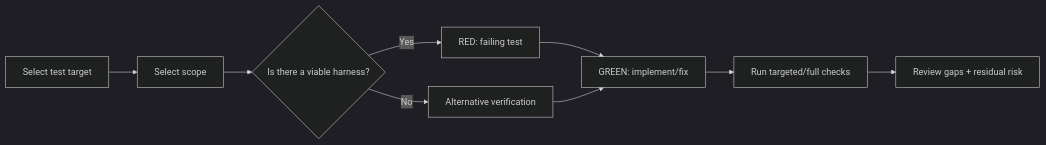
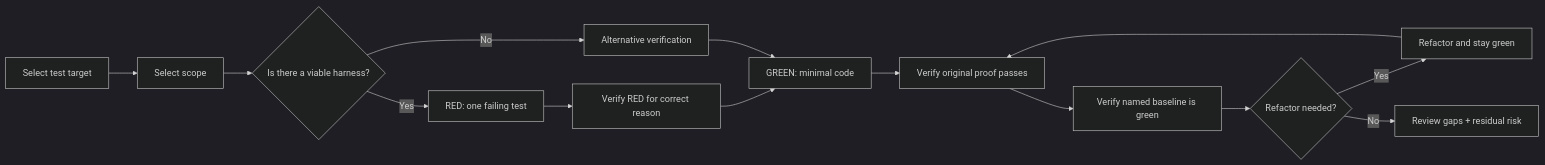
The diagram in packages/forge-core/workflows/execution/test.md (nguyenphat57/forge), drawn with Mermaid (dark theme) before and after one commit. The commit also changed other lines of this file and 29 other files, not shown here.

````diff
--- a/packages/forge-core/workflows/execution/test.md
+++ b/packages/forge-core/workflows/execution/test.md
@@ -37,11 +39,16 @@
 ```mermaid
 flowchart LR
     A[Select test target] --> B[Select scope]
     B --> C{Is there a viable harness?}
-    C -->|Yes| D[RED: failing test]
-    C -->|No| E[Alternative verification]
-    D --> F[GREEN: implement/fix]
-    E --> F
-    F --> G[Run targeted/full checks]
-    G --> H[Review gaps + residual risk]
+    C -->|Yes| D[RED: one failing test]
+    D --> E[Verify RED for correct reason]
+    C -->|No| F[Alternative verification]
+    E --> G[GREEN: minimal code]
+    F --> G
+    G --> H[Verify original proof passes]
+    H --> I[Verify named baseline is green]
+    I --> J{Refactor needed?}
+    J -->|Yes| K[Refactor and stay green]
+    J -->|No| L[Review gaps + residual risk]
+    K --> H
 ```
````
